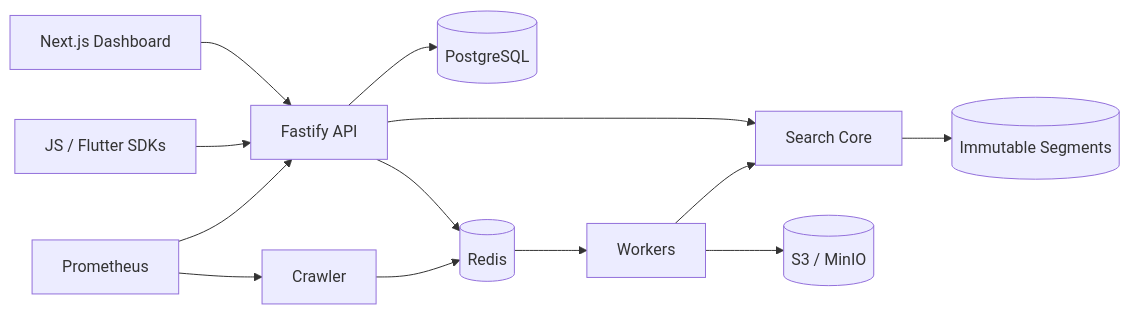
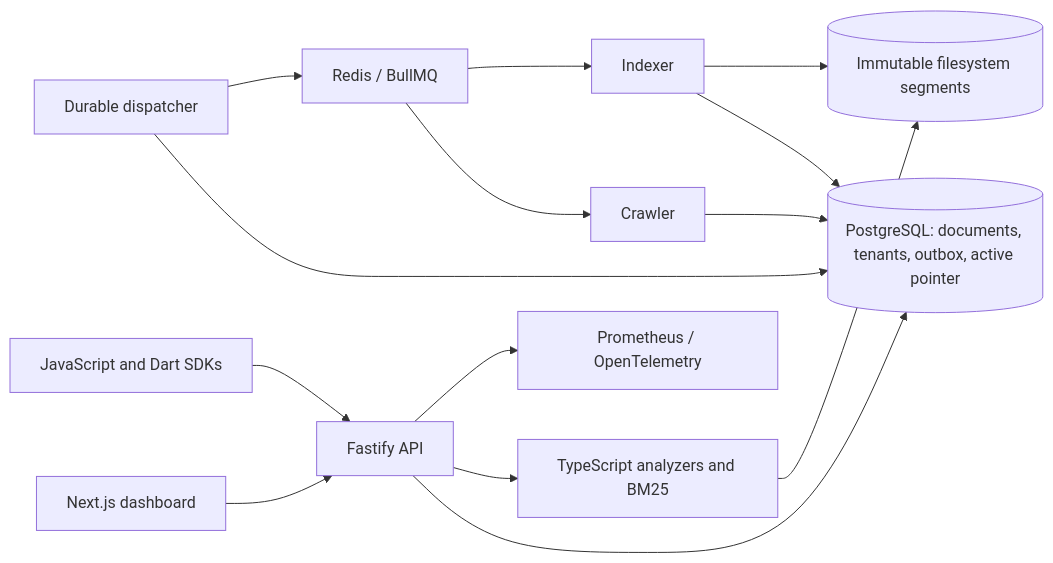
The diagram in README.md (The-Null-Catchers/SearchForge), drawn with Mermaid before and after one commit. The commit also changed other lines of this file and 72 other files, not shown here.

````diff
--- a/README.md
+++ b/README.md
@@ -30,15 +18,16 @@
 ```mermaid
 flowchart LR
-  WEB[Next.js Dashboard] --> API[Fastify API]
-  SDK[JS / Flutter SDKs] --> API
-  API --> PG[(PostgreSQL)]
-  API --> REDIS[(Redis)]
-  API --> CORE[Search Core]
-  CRAWL[Crawler] --> REDIS
-  REDIS --> WORKER[Workers]
-  WORKER --> CORE
-  WORKER --> OBJ[(S3 / MinIO)]
-  CORE --> SEG[(Immutable Segments)]
-  PROM[Prometheus] --> API
-  PROM --> CRAWL
+  Browser["Next.js dashboard"] --> API["Fastify API"]
+  SDK["JavaScript and Dart SDKs"] --> API
+  API --> PG[("PostgreSQL: documents, tenants, outbox, active pointer")]
+  API --> Engine["TypeScript analyzers and BM25"]
+  Dispatcher["Durable dispatcher"] --> PG
+  Dispatcher --> Queue["Redis / BullMQ"]
+  Queue --> Crawler["Crawler"]
+  Queue --> Indexer["Indexer"]
+  Crawler --> PG
+  Indexer --> PG
+  Indexer --> Segments[("Immutable filesystem segments")]
+  Engine --> Segments
+  API --> Monitoring["Prometheus / OpenTelemetry"]
 ```
````
